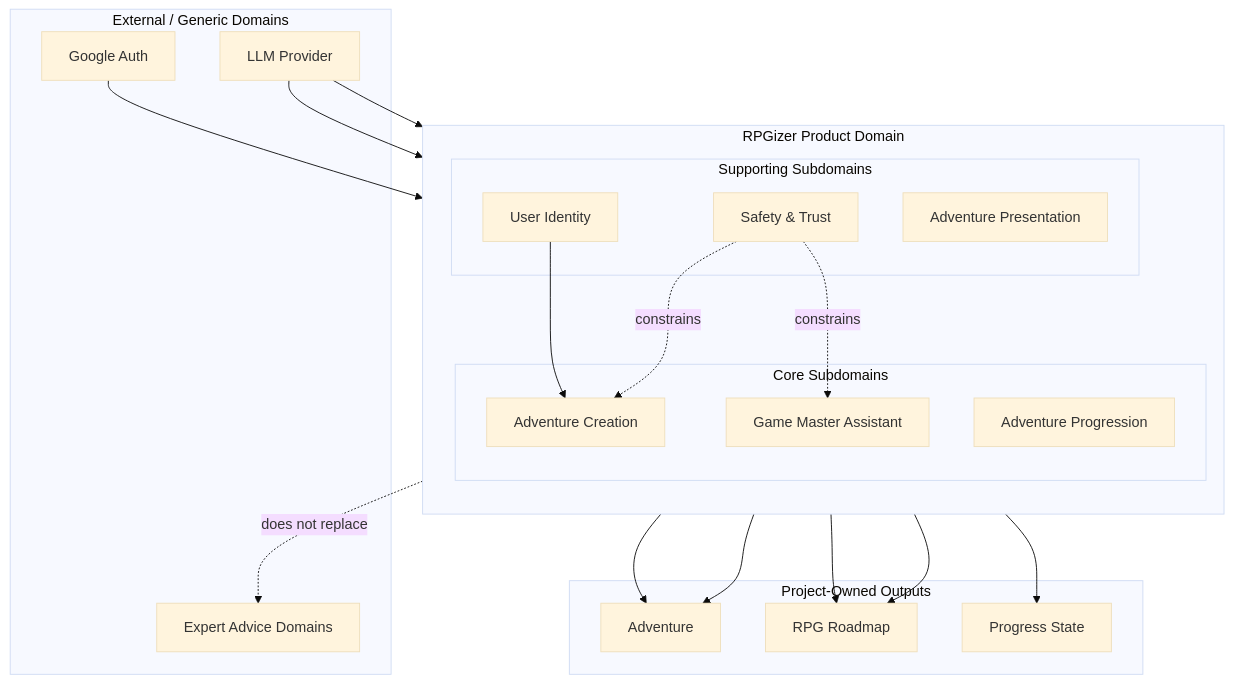
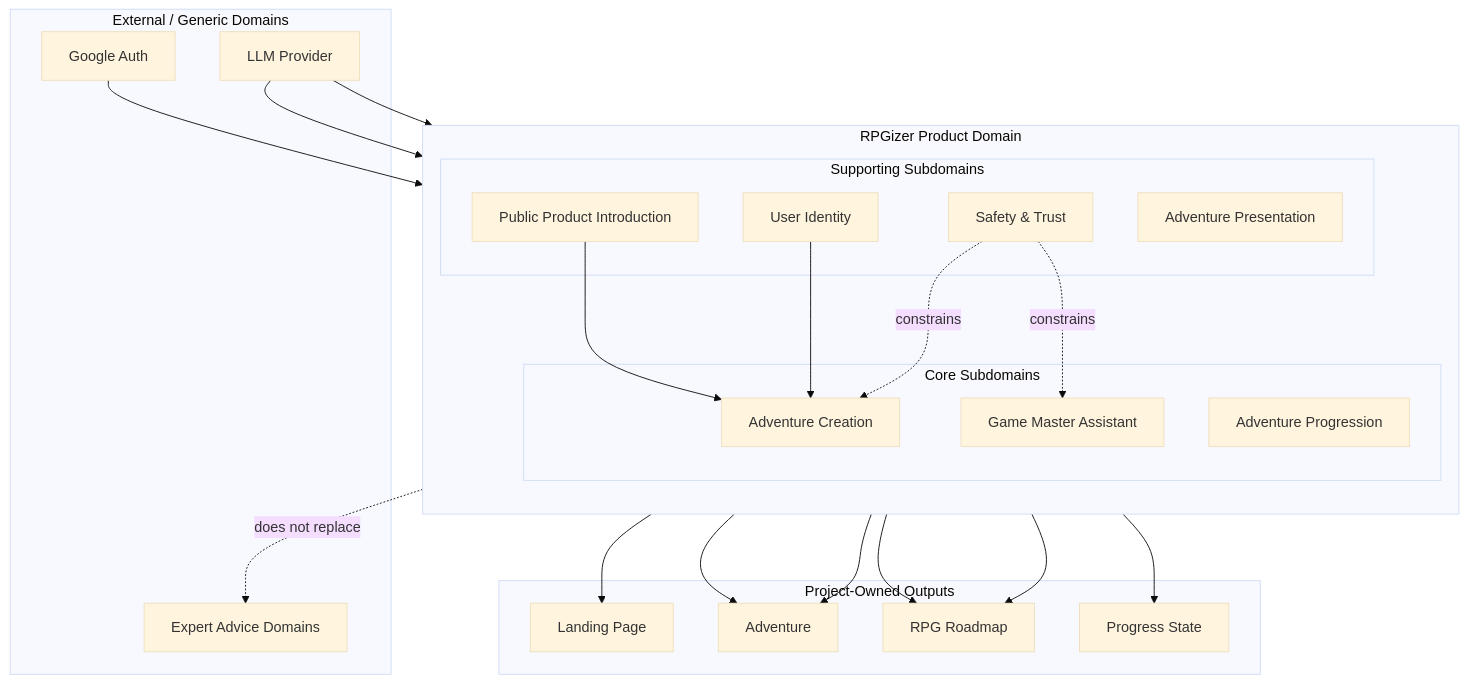
The first of 2 diagrams in docs/business-domain-model.md (juank11memphis/rpgizer), drawn with Mermaid (base theme) before and after one commit. The commit also changed other lines of this file and 13 other files, not shown here.

Commit message:
feat: add public landing page

````diff
--- a/docs/business-domain-model.md
+++ b/docs/business-domain-model.md
@@ -91,43 +97,47 @@
 ```mermaid
 flowchart TB
   subgraph ProductDomain["RPGizer Product Domain"]
     direction TB
 
     subgraph Core["Core Subdomains"]
       Creation["Adventure Creation"]
       Progression["Adventure Progression"]
       Adaptation["Game Master Assistant"]
     end
 
     subgraph Supporting["Supporting Subdomains"]
+      PublicIntro["Public Product Introduction"]
       Identity["User Identity"]
       Presentation["Adventure Presentation"]
       Trust["Safety & Trust"]
     end
   end
 
   subgraph ProjectOwned["Project-Owned Outputs"]
+    Landing["Landing Page"]
     Adventure["Adventure"]
     Roadmap["RPG Roadmap"]
     Progress["Progress State"]
   end
 
   subgraph External["External / Generic Domains"]
     Google["Google Auth"]
     LLM["LLM Provider"]
     Expert["Expert Advice Domains"]
   end
 
+  PublicIntro --> Landing
+  PublicIntro --> Creation
   Identity --> Creation
   Creation --> Adventure
   Creation --> Roadmap
   Progression --> Progress
   Adaptation --> Roadmap
   Presentation --> Adventure
   Trust -. constrains .-> Creation
   Trust -. constrains .-> Adaptation
   Google --> Identity
   LLM --> Creation
   LLM --> Adaptation
   ProductDomain -. does not replace .-> Expert
 ```
````
